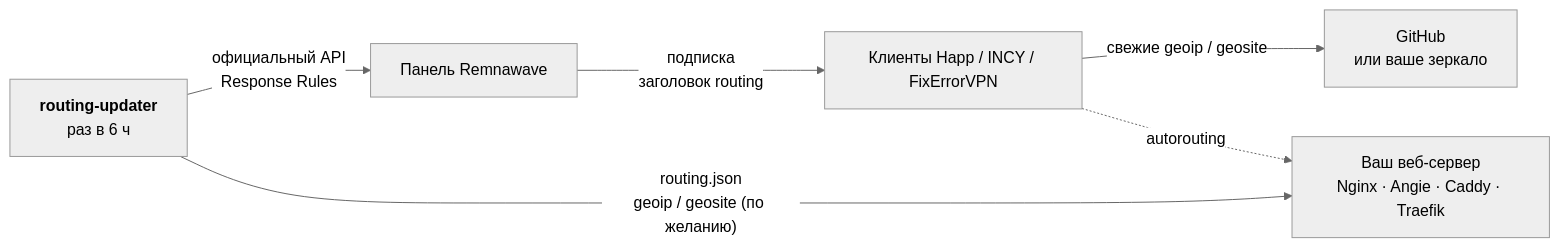
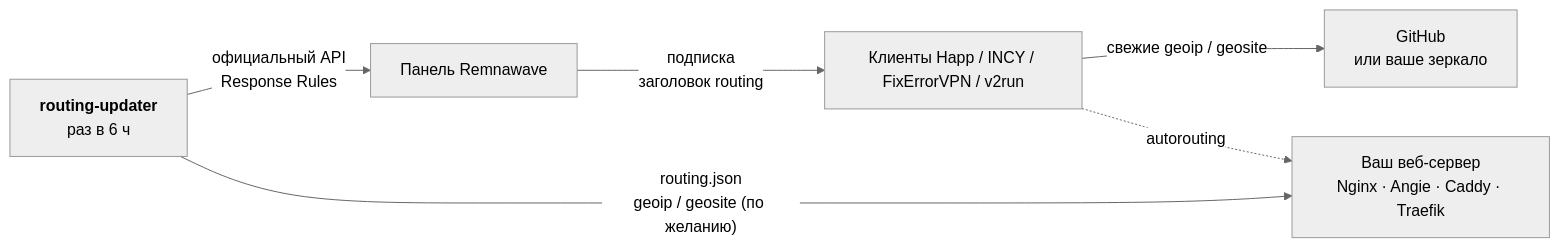
The diagram in README.md (3APA3A-3AHO3A/remnawave-routing-updater), drawn with Mermaid (neutral theme) before and after one commit. The commit also changed other lines of this file and 14 other files, not shown here.

First line of the commit message:
Add v2run support: routing profile in its own format

````diff
--- a/README.md
+++ b/README.md
@@ -62,8 +63,8 @@
 ```mermaid
 flowchart LR
     U["<b>routing-updater</b><br/>раз в 6 ч"] -- "официальный API<br/>Response Rules" --> P["Панель Remnawave"]
     U -- "routing.json<br/>geoip / geosite (по желанию)" --> W["Ваш веб-сервер<br/>Nginx · Angie · Caddy · Traefik"]
-    P -- "подписка<br/>заголовок routing" --> C["Клиенты Happ / INCY / FixErrorVPN"]
+    P -- "подписка<br/>заголовок routing" --> C["Клиенты Happ / INCY / FixErrorVPN / v2run"]
     C -- "свежие geoip / geosite" --> G["GitHub<br/>или ваше зеркало"]
     C -. "autorouting" .-> W
 ```
````
